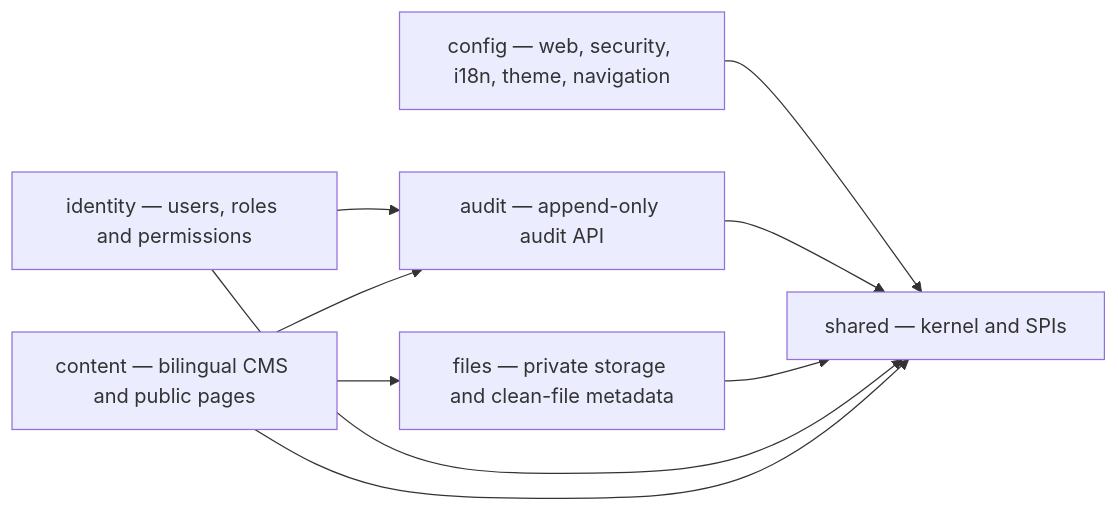
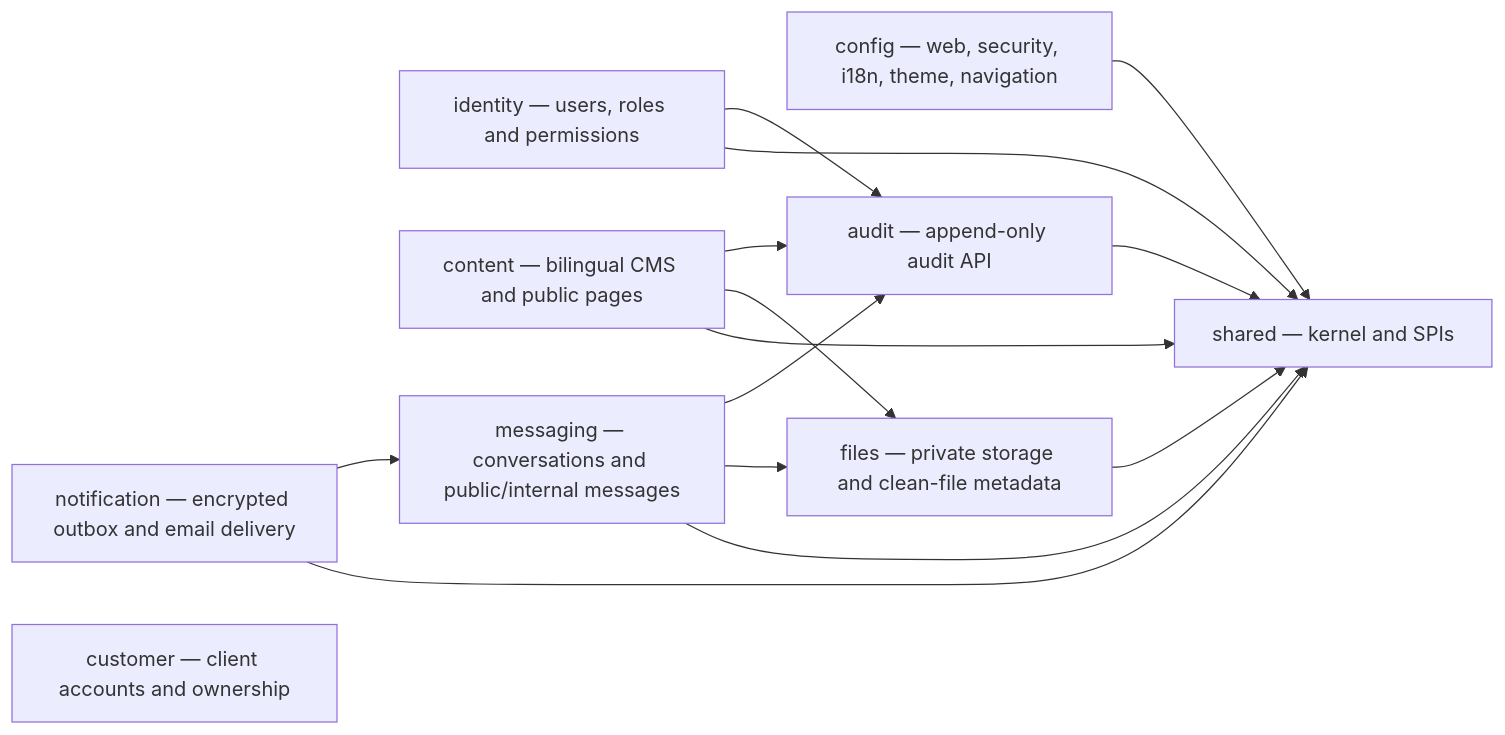
Before and after one commit to Kerwon1988/S-portal: the diagram in docs/arquitectura/modulos.mmd, drawn with Mermaid. The commit also changed 102 other files, not shown here.

```diff
--- a/docs/arquitectura/modulos.mmd
+++ b/docs/arquitectura/modulos.mmd
@@ -1,15 +1,23 @@
 flowchart LR
   shared["shared — kernel and SPIs"]
   config["config — web, security, i18n, theme, navigation"]
   audit["audit — append-only audit API"]
   files["files — private storage and clean-file metadata"]
   identity["identity — users, roles and permissions"]
   content["content — bilingual CMS and public pages"]
+  messaging["messaging — conversations and public/internal messages"]
+  notification["notification — encrypted outbox and email delivery"]
+  customer["customer — client accounts and ownership"]
   config --> shared
   audit --> shared
   files --> shared
   identity --> shared
   identity --> audit
   content --> shared
   content --> files
   content --> audit
+  messaging --> shared
+  messaging --> files
+  messaging --> audit
+  notification --> shared
+  notification --> messaging
```
